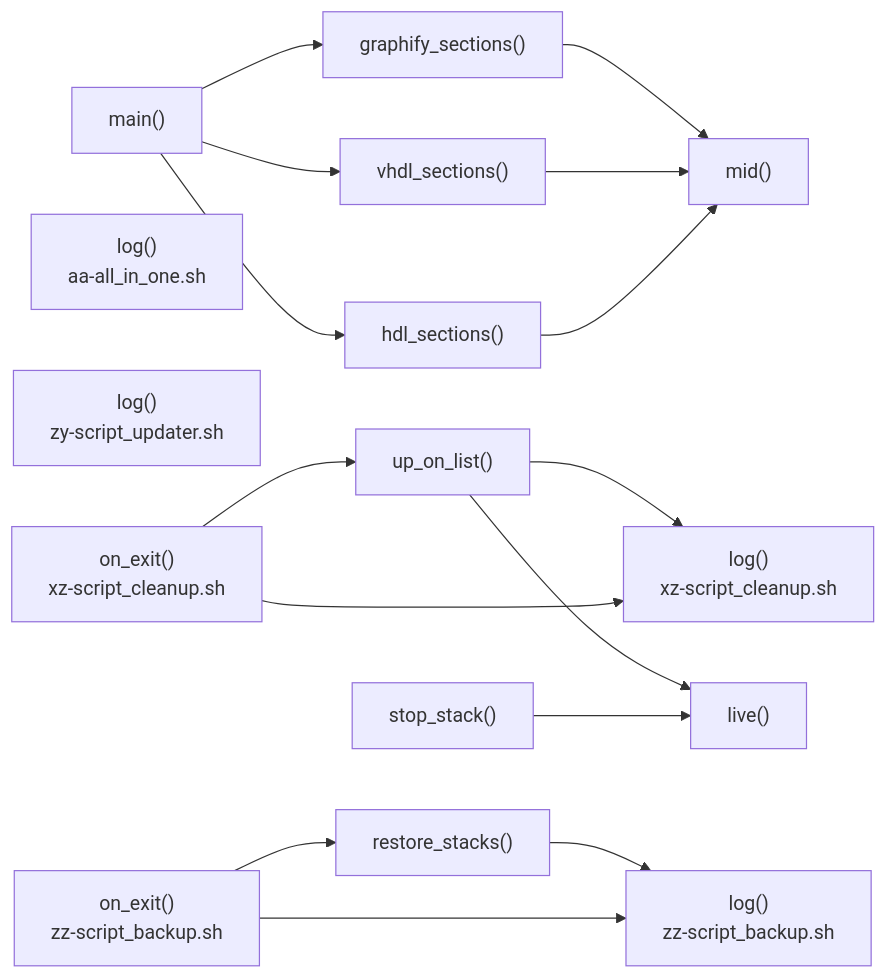
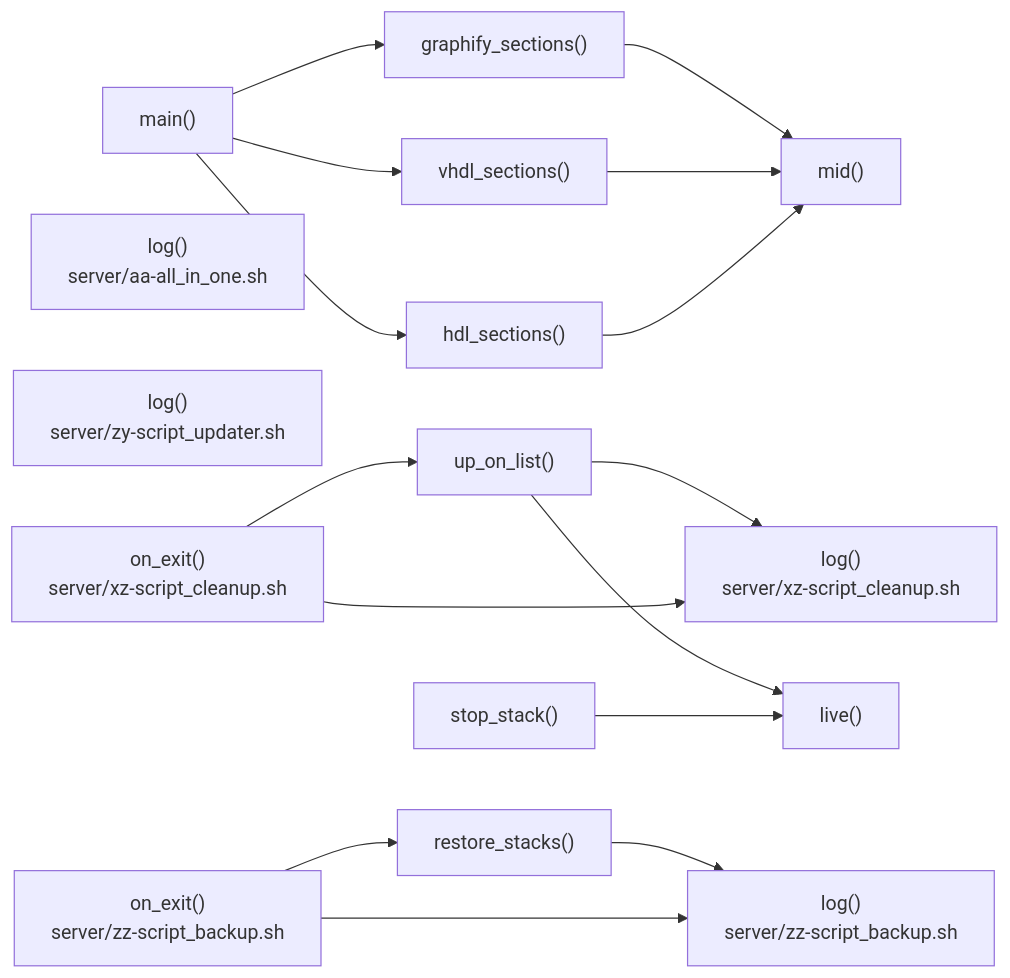
One commit to spaceadler/scripts changed the second of 2 diagrams in CODEMAP.md. Above: the diagram before and after it, drawn with Mermaid. The commit also changed other lines of this file, not shown here.

````diff
--- a/CODEMAP.md
+++ b/CODEMAP.md
@@ -47,32 +47,32 @@
 ```mermaid
 flowchart LR
-    n_zz_script_backup_restore_stacks["restore_stacks()"]
+    n_server_zz_script_backup_restore_stacks["restore_stacks()"]
     n_codemap_graphify_sections["graphify_sections()"]
     n_codemap_main["main()"]
-    n_xz_script_cleanup_up_on_list["up_on_list()"]
+    n_server_xz_script_cleanup_up_on_list["up_on_list()"]
     n_codemap_vhdl_sections["vhdl_sections()"]
-    n_aa_all_in_one_log["log()<br/>aa-all_in_one.sh"]
+    n_server_aa_all_in_one_log["log()<br/>server/aa-all_in_one.sh"]
     n_codemap_mid["mid()"]
-    n_xz_script_cleanup_stop_stack["stop_stack()"]
+    n_server_xz_script_cleanup_stop_stack["stop_stack()"]
     n_codemap_hdl_sections["hdl_sections()"]
-    n_xz_script_cleanup_live["live()"]
-    n_xz_script_cleanup_log["log()<br/>xz-script_cleanup.sh"]
-    n_zz_script_backup_log["log()<br/>zz-script_backup.sh"]
-    n_zy_script_updater_log["log()<br/>zy-script_updater.sh"]
-    n_xz_script_cleanup_on_exit["on_exit()<br/>xz-script_cleanup.sh"]
-    n_zz_script_backup_on_exit["on_exit()<br/>zz-script_backup.sh"]
-    n_zz_script_backup_restore_stacks --> n_zz_script_backup_log
+    n_server_xz_script_cleanup_live["live()"]
+    n_server_xz_script_cleanup_log["log()<br/>server/xz-script_cleanup.sh"]
+    n_server_zz_script_backup_log["log()<br/>server/zz-script_backup.sh"]
+    n_server_zy_script_updater_log["log()<br/>server/zy-script_updater.sh"]
+    n_server_xz_script_cleanup_on_exit["on_exit()<br/>server/xz-script_cleanup.sh"]
+    n_server_zz_script_backup_on_exit["on_exit()<br/>server/zz-script_backup.sh"]
+    n_server_zz_script_backup_restore_stacks --> n_server_zz_script_backup_log
     n_codemap_graphify_sections --> n_codemap_mid
     n_codemap_main --> n_codemap_hdl_sections
     n_codemap_main --> n_codemap_vhdl_sections
     n_codemap_main --> n_codemap_graphify_sections
-    n_xz_script_cleanup_up_on_list --> n_xz_script_cleanup_log
-    n_xz_script_cleanup_up_on_list --> n_xz_script_cleanup_live
+    n_server_xz_script_cleanup_up_on_list --> n_server_xz_script_cleanup_log
+    n_server_xz_script_cleanup_up_on_list --> n_server_xz_script_cleanup_live
     n_codemap_vhdl_sections --> n_codemap_mid
-    n_xz_script_cleanup_stop_stack --> n_xz_script_cleanup_live
+    n_server_xz_script_cleanup_stop_stack --> n_server_xz_script_cleanup_live
     n_codemap_hdl_sections --> n_codemap_mid
-    n_xz_script_cleanup_on_exit --> n_xz_script_cleanup_up_on_list
-    n_xz_script_cleanup_on_exit --> n_xz_script_cleanup_log
-    n_zz_script_backup_on_exit --> n_zz_script_backup_restore_stacks
-    n_zz_script_backup_on_exit --> n_zz_script_backup_log
+    n_server_xz_script_cleanup_on_exit --> n_server_xz_script_cleanup_up_on_list
+    n_server_xz_script_cleanup_on_exit --> n_server_xz_script_cleanup_log
+    n_server_zz_script_backup_on_exit --> n_server_zz_script_backup_restore_stacks
+    n_server_zz_script_backup_on_exit --> n_server_zz_script_backup_log
 ```
````
